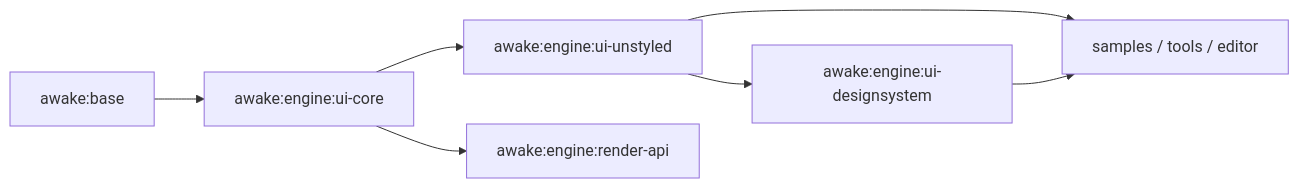
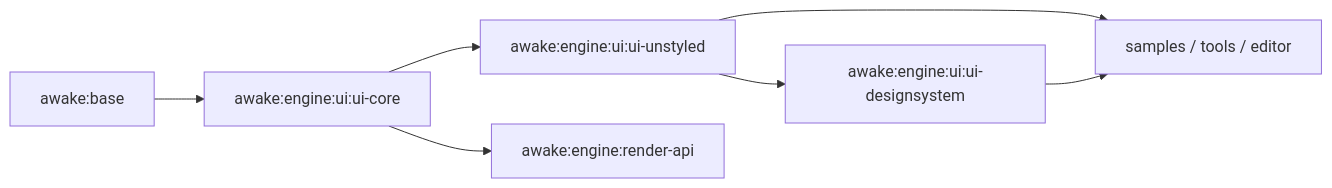
Before and after one commit to awake-lab/awake: the diagram in docs/tasks/2026-07-14-ui-module-split.md, drawn with Mermaid. The commit also changed other lines of this file and 21 other files, not shown here.

````diff
--- a/docs/tasks/2026-07-14-ui-module-split.md
+++ b/docs/tasks/2026-07-14-ui-module-split.md
@@ -37,16 +37,16 @@
 ```mermaid
 flowchart LR
     B["awake:base"]
-    UC["awake:engine:ui-core"]
-    UW["awake:engine:ui-unstyled"]
-    UD["awake:engine:ui-designsystem"]
+    UC["awake:engine:ui:ui-core"]
+    UW["awake:engine:ui:ui-unstyled"]
+    UD["awake:engine:ui:ui-designsystem"]
     RA["awake:engine:render-api"]
     S["samples / tools / editor"]
 
     B --> UC
     UC --> UW
     UC --> RA
     UW --> UD
     UW --> S
     UD --> S
 ```
````
